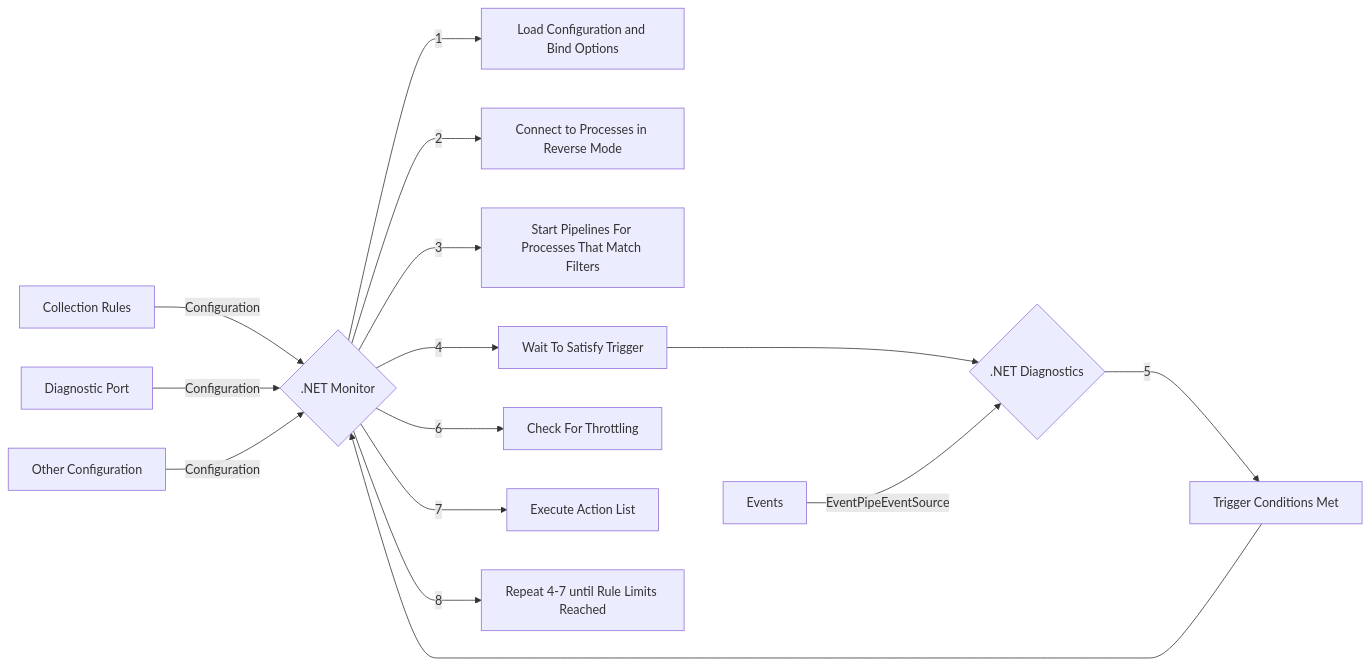
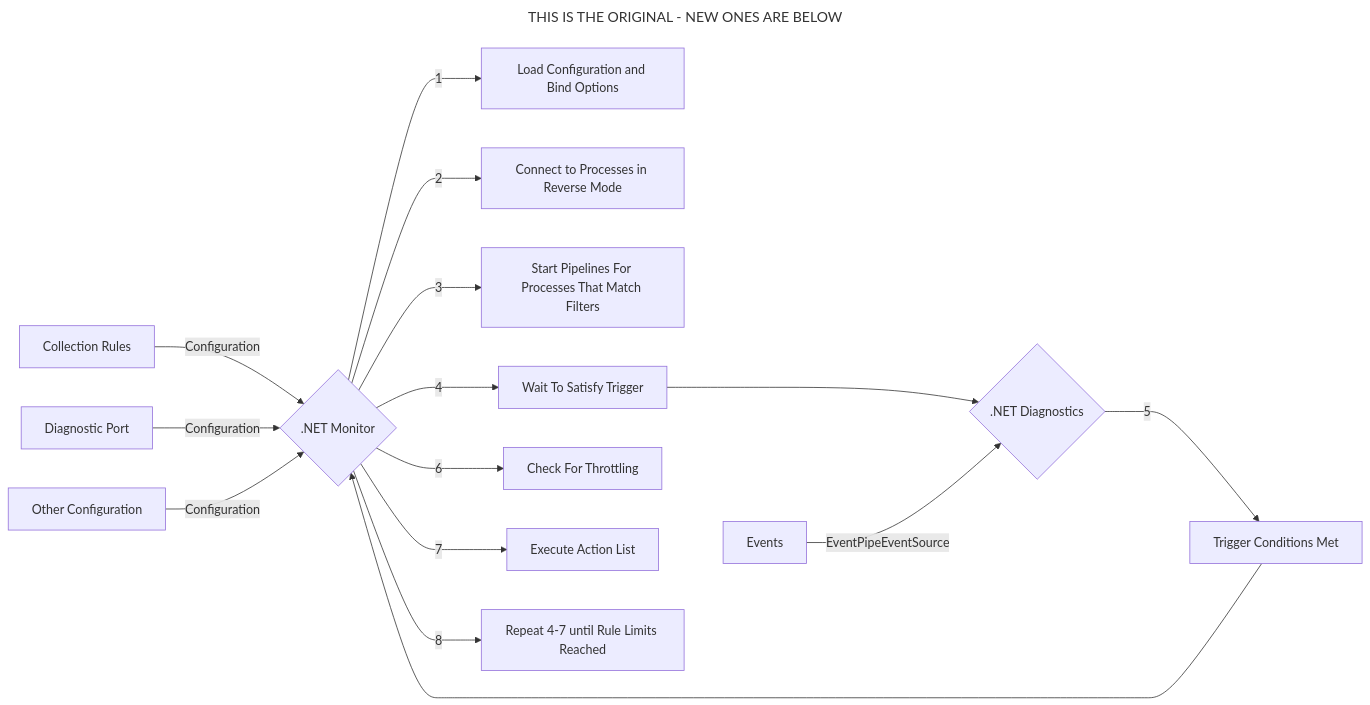
Before and after one commit to dotnet/dotnet-monitor: the first of 3 diagrams in documentation/learningPath/collectionrules.md, drawn with Mermaid. The commit also changed other lines of this file, not shown here.

Commit message:
Prototyped a new set of diagrams

````diff
--- a/documentation/learningPath/collectionrules.md
+++ b/documentation/learningPath/collectionrules.md
@@ -14,19 +14,22 @@
 ```mermaid
+---
+title: THIS IS THE ORIGINAL - NEW ONES ARE BELOW
+---
 graph LR
     A[Collection Rules] --> |Configuration| N{.NET Monitor}
     B[Diagnostic Port] --> |Configuration| N{.NET Monitor}
     C[Other Configuration] --> |Configuration| N{.NET Monitor}
     N ---> |1| O[Load Configuration and Bind Options]
     N ---> |2| P[Connect to Processes in Reverse Mode]    
     N ---> |3| Q[Start Pipelines For Processes That Match Filters]
     N ---> |4| R[Wait To Satisfy Trigger]
     R ---> U
     U ---> |5| S[Trigger Conditions Met]
     S ---> N
     N ---> |6| V[Check For Throttling]
     N ---> |7| W[Execute Action List]
     N ---> |8| X[Repeat 4-7 until Rule Limits Reached]
 
 
     T[Events] --> |EventPipeEventSource| U{.NET Diagnostics}
 ```
````
